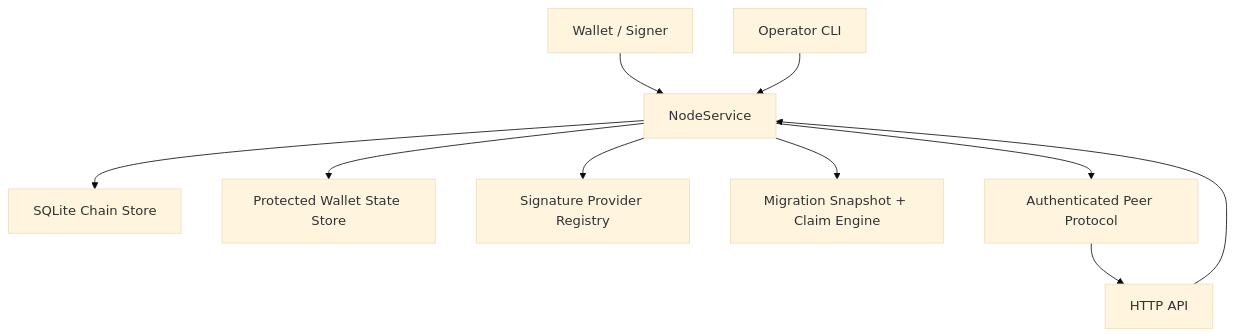
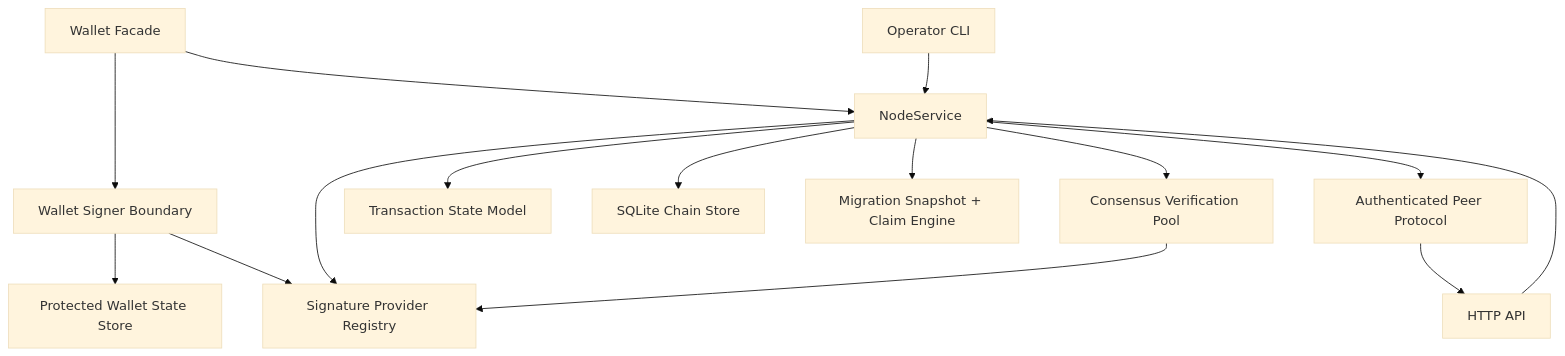
The first of 8 diagrams in README.md (AhmedMohammed100/quantum-resistant-blockchain), drawn with Mermaid (base theme) before and after one commit. The commit also changed other lines of this file and 27 other files, not shown here.

````diff
--- a/README.md
+++ b/README.md
@@ -117,22 +161,30 @@
 ```mermaid
 flowchart TD
-    Wallet["Wallet / Signer"]
+    Wallet["Wallet Facade"]
+    Signer["Wallet Signer Boundary"]
     CLI["Operator CLI"]
     API["HTTP API"]
     Service["NodeService"]
+    Verify["Consensus Verification Pool"]
+    State["Transaction State Model"]
     Store["SQLite Chain Store"]
     WalletStore["Protected Wallet State Store"]
     Crypto["Signature Provider Registry"]
     Migration["Migration Snapshot + Claim Engine"]
     Peer["Authenticated Peer Protocol"]
 
+    Wallet --> Signer
+    Signer --> WalletStore
+    Signer --> Crypto
     Wallet --> Service
     CLI --> Service
     API --> Service
+    Service --> Verify
+    Service --> State
     Service --> Store
-    Service --> WalletStore
     Service --> Crypto
     Service --> Migration
     Service --> Peer
+    Verify --> Crypto
     Peer --> API
 ```
````
